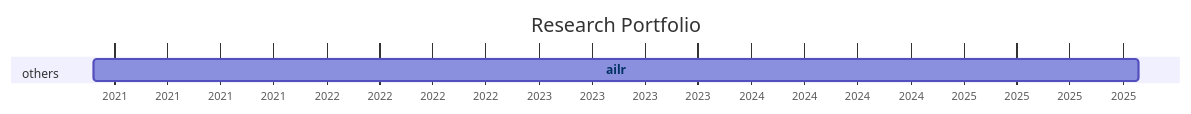
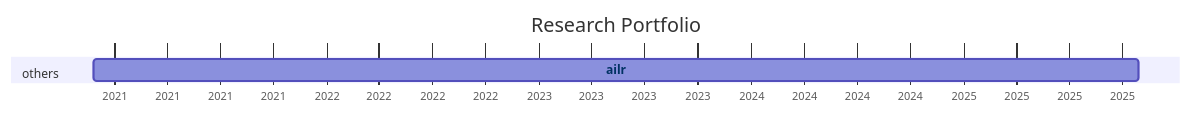
One commit to digital-work-lab/handbook changed the diagram in docs/20-research/25-projects-gantt.md. Above: the diagram before and after it, drawn with Mermaid. The commit also changed 2 other files, not shown here.

Commit message:
Update repository overview

````diff
--- a/docs/20-research/25-projects-gantt.md
+++ b/docs/20-research/25-projects-gantt.md
@@ -8,21 +8,21 @@
 ```mermaid
 ---
 displayMode: compact
 ---
 gantt
 title Research Portfolio
 dateFormat YYYY-MM-DD
 axisFormat %Y
 
     section work_practices
 
     section distributed_organizing
 
     section knowledge_synthesis
 
     section others
-        ailr :ailr, 2020-11-26, 2025-10-28
+        ailr :ailr, 2020-11-26, 2025-10-29
 
 
     click ailr href "{{ site.baseurl }}/docs/10-lab/18-resources/ailr.html"
 ```
````
